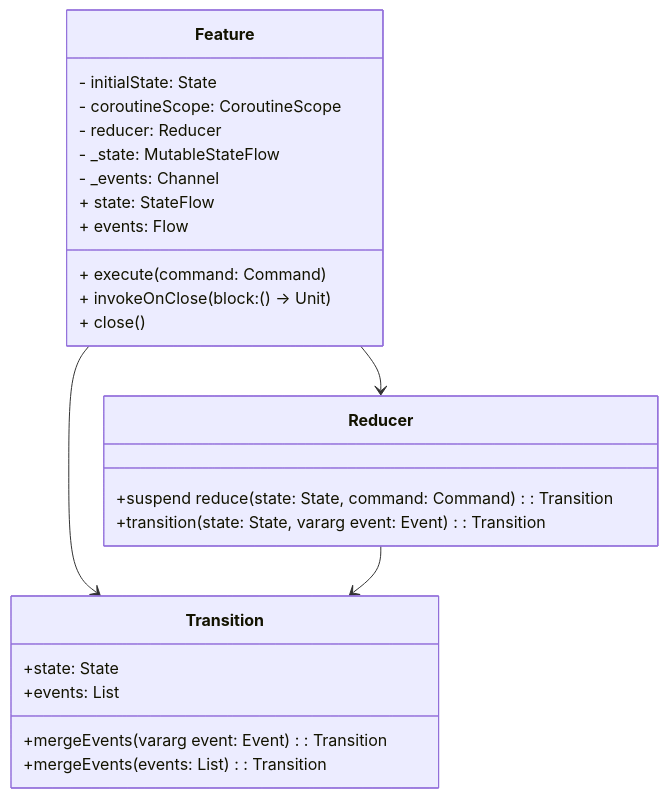
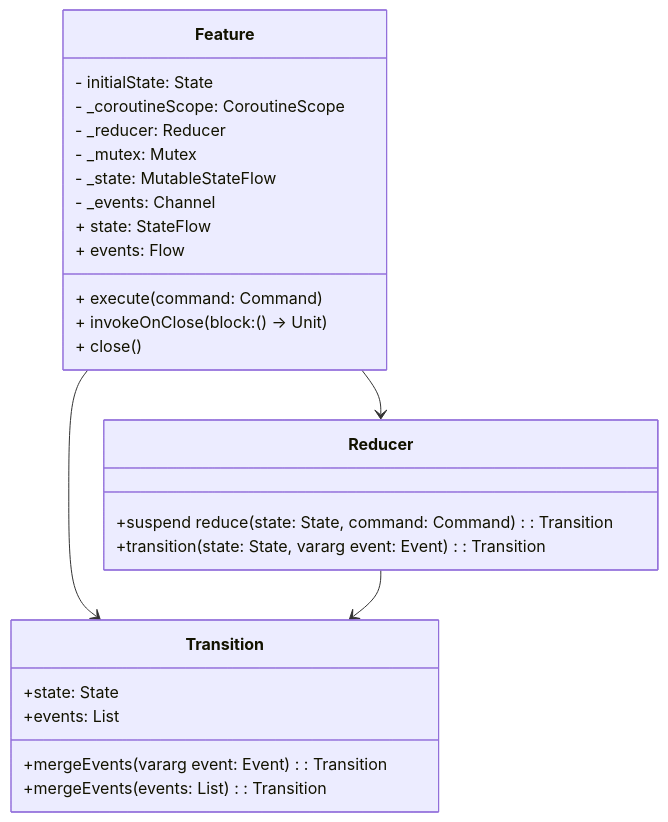
The first of 3 diagrams in README.md (numq/reduce-and-conquer), drawn with Mermaid before and after one commit. The commit also changed 1 other file, not shown here.

Commit message:
Provide refactoring

````diff
--- a/README.md
+++ b/README.md
@@ -58,29 +58,30 @@
 ```mermaid
 classDiagram
     class Feature {
         - initialState: State
-        - coroutineScope: CoroutineScope
-        - reducer: Reducer<Command, State, Event>
+        - _coroutineScope: CoroutineScope
+        - _reducer: Reducer<Command, State, Event>
+        - _mutex: Mutex
         - _state: MutableStateFlow<State>
         - _events: Channel<Event>
         + state: StateFlow<State>
         + events: Flow<Event>
         + execute(command: Command)
         + invokeOnClose(block: () -> Unit)
         + close()
     }
     class Reducer {
         +suspend reduce(state: State, command: Command): Transition<State, Event>
         +transition(state: State, vararg event: Event): Transition<State, Event>
     }
     class Transition {
         +state: State
         +events: List<Event>
         +mergeEvents(vararg event: Event): Transition<State, Event>
         +mergeEvents(events: List<Event>): Transition<State, Event>
     }
 
     Feature --> Reducer
     Feature --> Transition
     Reducer --> Transition
 ```
````
